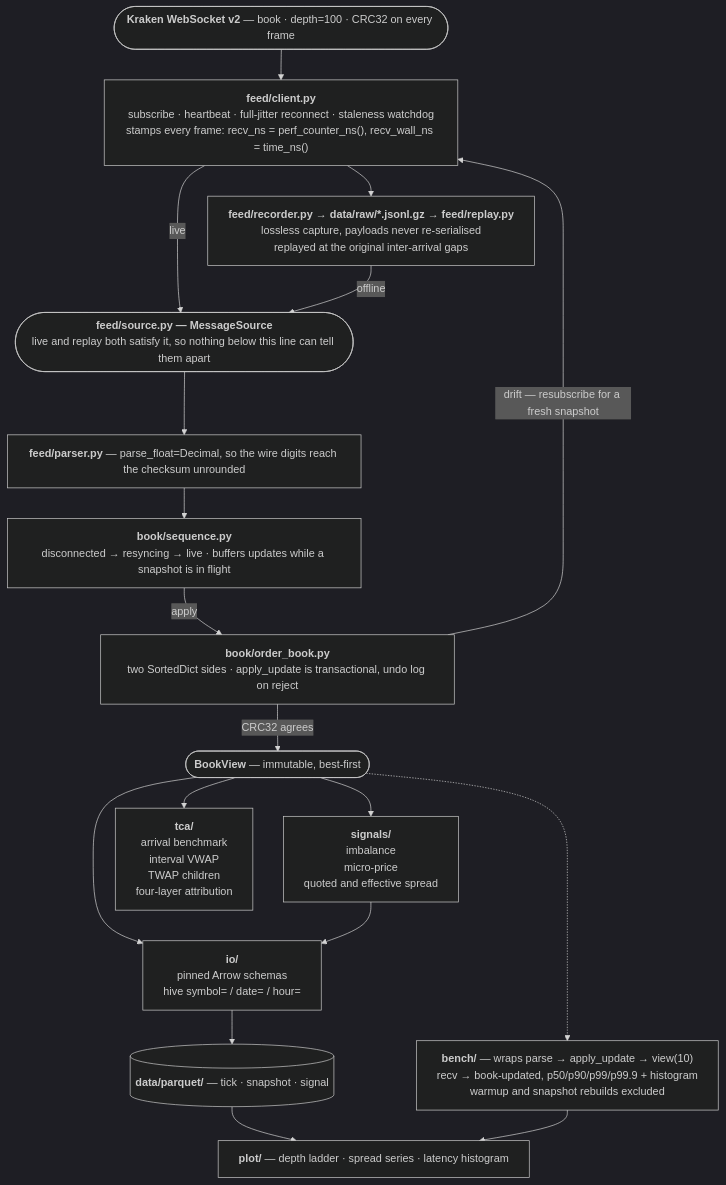
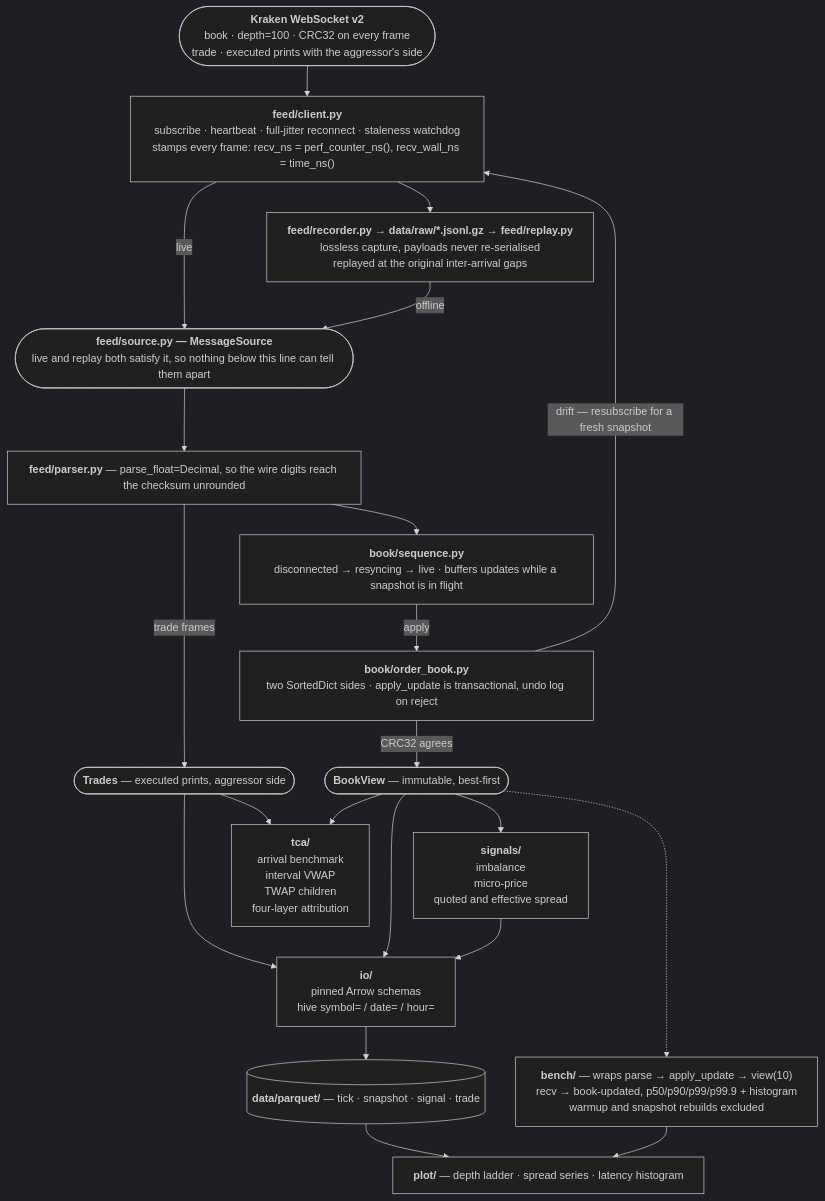
Before and after one commit to laimax17/l2-orderbook-tca: the diagram in README.md, drawn with Mermaid (dark theme). The commit also changed other lines of this file and 16 other files, not shown here.

````diff
--- a/README.md
+++ b/README.md
@@ -33,41 +33,46 @@
 ```mermaid
 %%{init: {"flowchart": {"wrappingWidth": 460, "nodeSpacing": 45, "rankSpacing": 45, "curve": "basis"}}}%%
 flowchart TB
-    KRAKEN(["<b>Kraken WebSocket v2</b> — book · depth=100 · CRC32 on every frame"])
+    KRAKEN(["<b>Kraken WebSocket v2</b><br/>book · depth=100 · CRC32 on every frame<br/>trade · executed prints with the aggressor's side"])
 
     CLIENT["<b>feed/client.py</b><br/>subscribe · heartbeat · full-jitter reconnect · staleness watchdog<br/>stamps every frame: recv_ns = perf_counter_ns(), recv_wall_ns = time_ns()"]
 
     CAP["<b>feed/recorder.py → data/raw/*.jsonl.gz → feed/replay.py</b><br/>lossless capture, payloads never re-serialised<br/>replayed at the original inter-arrival gaps"]
 
     SRC(["<b>feed/source.py — MessageSource</b><br/>live and replay both satisfy it, so nothing below this line can tell them apart"])
 
     PARSE["<b>feed/parser.py</b> — parse_float=Decimal, so the wire digits reach the checksum unrounded"]
+
+    TRADES(["<b>Trades</b> — executed prints, aggressor side"])
 
     SEQ["<b>book/sequence.py</b><br/>disconnected → resyncing → live · buffers updates while a snapshot is in flight"]
 
     OB["<b>book/order_book.py</b><br/>two SortedDict sides · apply_update is transactional, undo log on reject"]
 
     VIEW(["<b>BookView</b> — immutable, best-first"])
 
     SIG["<b>signals/</b><br/>imbalance<br/>micro-price<br/>quoted and effective spread"]
     TCA["<b>tca/</b><br/>arrival benchmark<br/>interval VWAP<br/>TWAP children<br/>four-layer attribution"]
     STORE["<b>io/</b><br/>pinned Arrow schemas<br/>hive symbol= / date= / hour="]
     BENCH["<b>bench/</b> — wraps parse → apply_update → view(10)<br/>recv → book-updated, p50/p90/p99/p99.9 + histogram<br/>warmup and snapshot rebuilds excluded"]
 
-    PQ[("<b>data/parquet/</b> — tick · snapshot · signal")]
+    PQ[("<b>data/parquet/</b> — tick · snapshot · signal · trade")]
     PLOT["<b>plot/</b> — depth ladder · spread series · latency histogram"]
 
     KRAKEN --> CLIENT
     CLIENT -->|live| SRC
     CLIENT --> CAP -->|offline| SRC
     SRC --> PARSE --> SEQ -->|apply| OB
+    PARSE -->|trade frames| TRADES
+    TRADES --> TCA
+    TRADES --> STORE
     OB -->|"CRC32 agrees"| VIEW
     OB -->|"drift — resubscribe for a fresh snapshot"| CLIENT
     VIEW --> SIG
     VIEW --> TCA
     VIEW --> STORE
     VIEW -.-> BENCH
     SIG --> STORE
     STORE --> PQ --> PLOT
     BENCH --> PLOT
 ```
````
